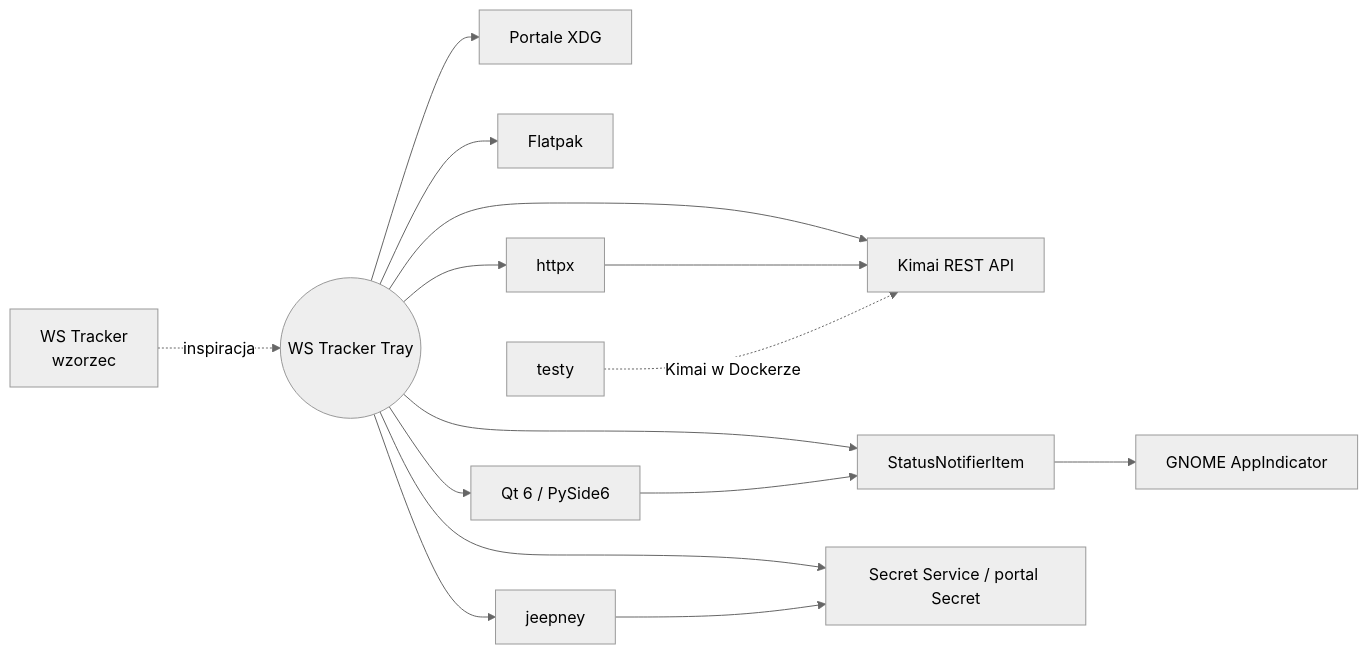
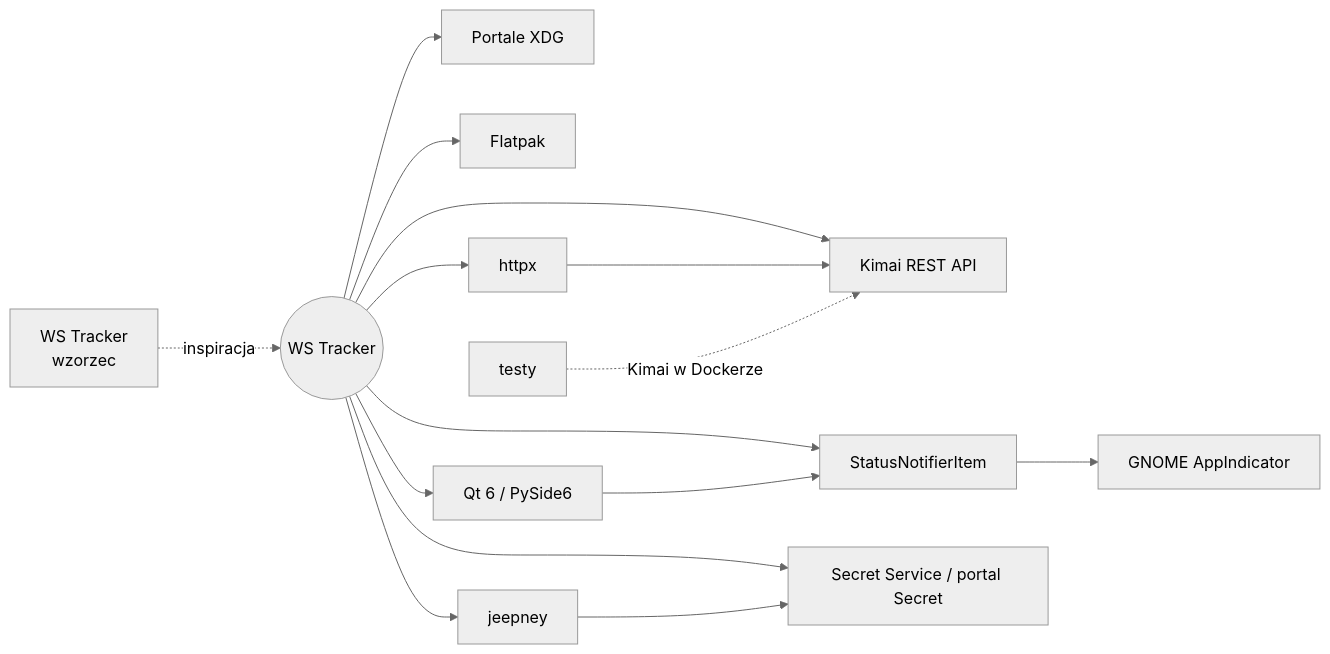
The diagram in docs/integracje/README.md (DragonKing026/DK-Tracker-Linux), drawn with Mermaid (neutral theme) before and after one commit. The commit also changed 15 other files, not shown here.

````diff
--- a/docs/integracje/README.md
+++ b/docs/integracje/README.md
@@ -14,16 +14,16 @@
 ```mermaid
 flowchart LR
-    APP((WS Tracker Tray))
+    APP((WS Tracker))
     APP --> K[Kimai REST API]
     APP --> SNI[StatusNotifierItem]
     SNI --> GN[GNOME AppIndicator]
     APP --> SEC[Secret Service / portal Secret]
     APP --> POR[Portale XDG]
     APP --> FP[Flatpak]
     APP --> QT[Qt 6 / PySide6]
     APP --> HX[httpx] --> K
     APP --> JP[jeepney] --> SEC
     QT --> SNI
     REF[WS Tracker<br/>wzorzec] -. inspiracja .-> APP
     TST[testy] -. Kimai w Dockerze .-> K
 ```
````
